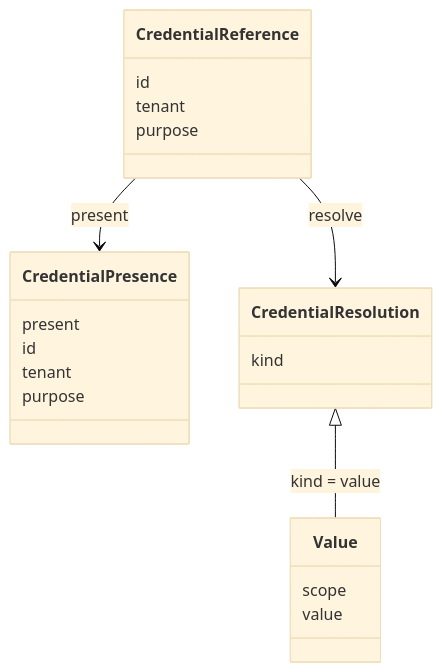
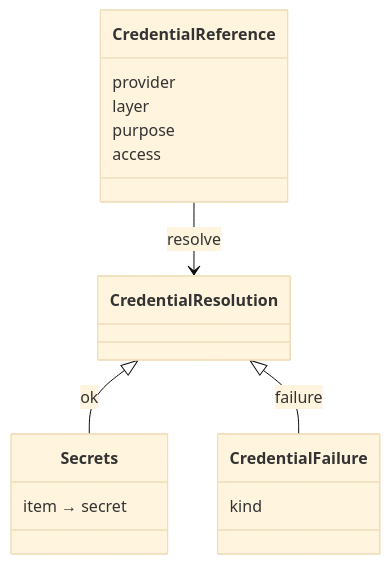
One commit to nemori-ai/omne-harness-lite changed the fifth of 5 diagrams in packages/model/model/docs/object-model.md. Above: the diagram before and after it, drawn with Mermaid (base theme). The commit also changed other lines of this file and 333 other files, not shown here.

````diff
--- a/packages/model/model/docs/object-model.md
+++ b/packages/model/model/docs/object-model.md
@@ -143,24 +141,19 @@
 ```mermaid
 classDiagram
   class CredentialReference {
-    id
-    tenant
+    provider
+    layer
     purpose
+    access
   }
-  class CredentialPresence {
-    present
-    id
-    tenant
-    purpose
+  class CredentialResolution
+  class Secrets {
+    item → secret
   }
-  class CredentialResolution {
+  class CredentialFailure {
     kind
   }
-  class Value {
-    scope
-    value
-  }
-  CredentialReference --> CredentialPresence : present
   CredentialReference --> CredentialResolution : resolve
-  CredentialResolution <|-- Value : kind = value
+  CredentialResolution <|-- Secrets : ok
+  CredentialResolution <|-- CredentialFailure : failure
 ```
````
